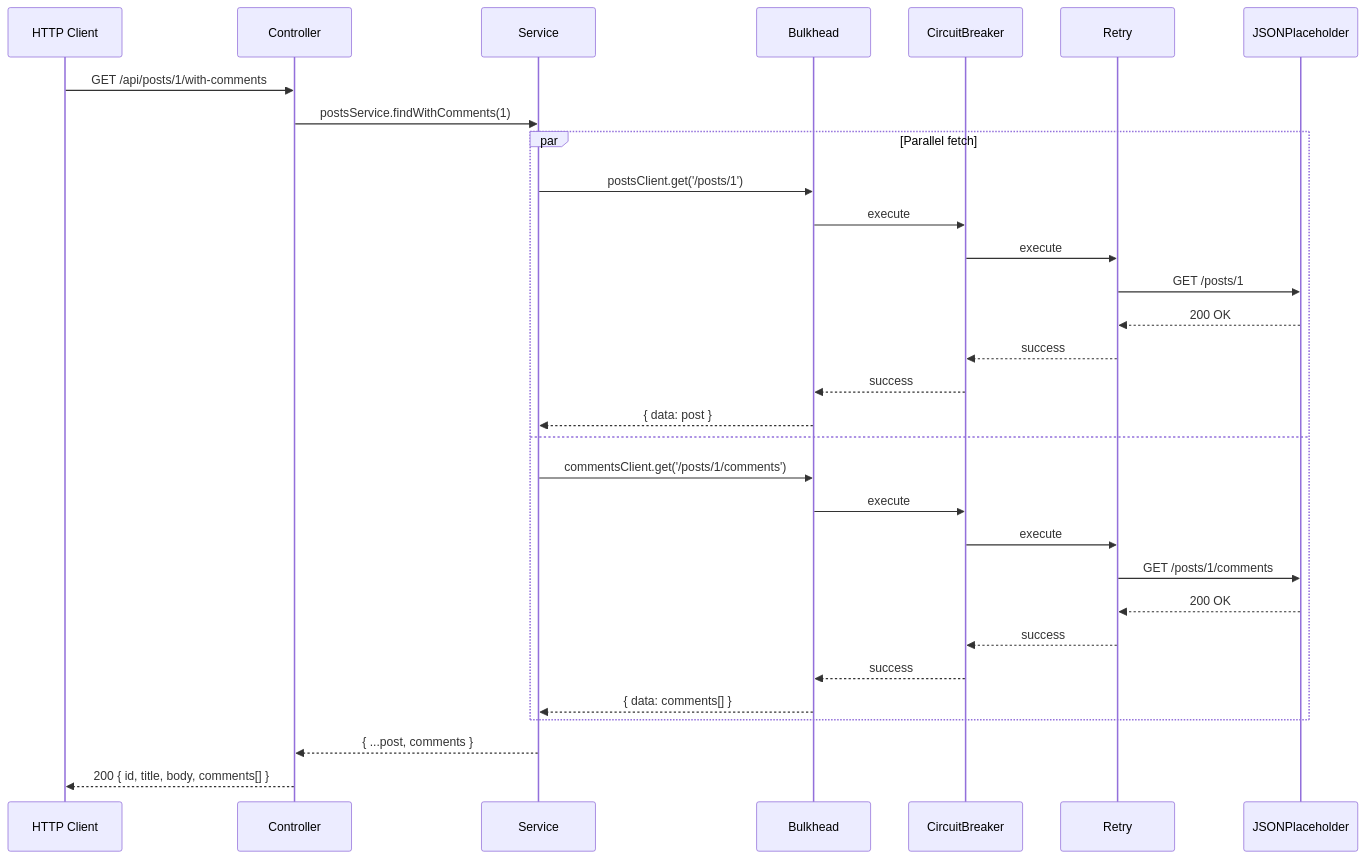
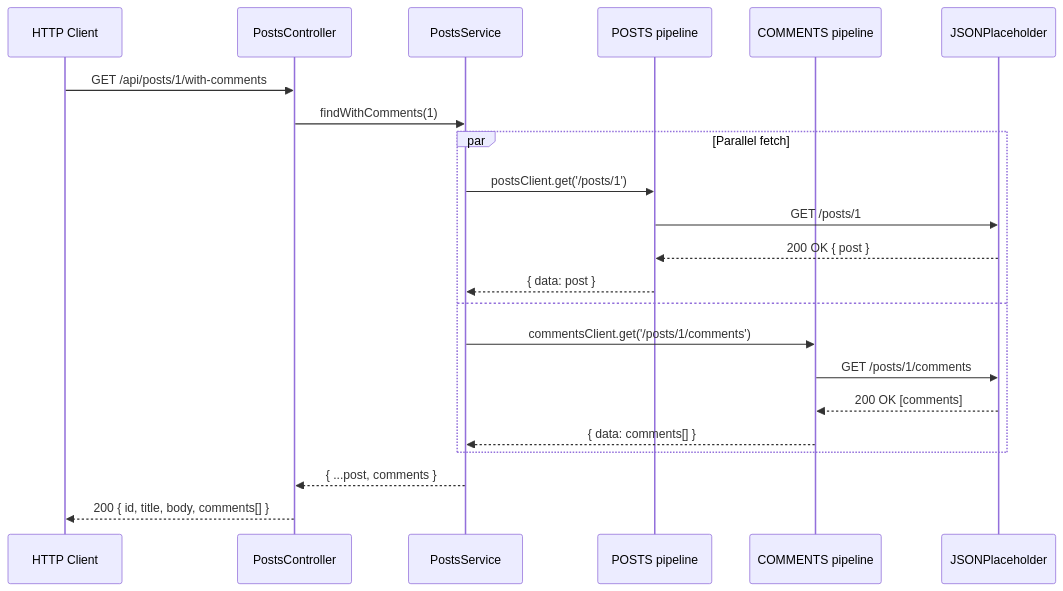
Before and after one commit to jhonesgoncalves/super-http-ts: the third of 6 diagrams in website/guide/nestjs-example.md, drawn with Mermaid. The commit also changed other lines of this file and 3 other files, not shown here.

First line of the commit message:
feat(docs): render Mermaid diagrams in VitePress docs site

````diff
--- a/website/guide/nestjs-example.md
+++ b/website/guide/nestjs-example.md
@@ -117,36 +92,27 @@
 ```mermaid
 sequenceDiagram
-    participant Client as HTTP Client
-    participant Controller
-    participant Service
-    participant Bulkhead
-    participant CircuitBreaker
-    participant Retry
-    participant Upstream as JSONPlaceholder
+    participant C as HTTP Client
+    participant Ctrl as PostsController
+    participant Svc as PostsService
+    participant BP as POSTS pipeline
+    participant CP as COMMENTS pipeline
+    participant API as JSONPlaceholder
 
-    Client->>Controller: GET /api/posts/1/with-comments
-    Controller->>Service: postsService.findWithComments(1)
+    C->>Ctrl: GET /api/posts/1/with-comments
+    Ctrl->>Svc: findWithComments(1)
 
     par Parallel fetch
-        Service->>Bulkhead: postsClient.get('/posts/1')
-        Bulkhead->>CircuitBreaker: execute
-        CircuitBreaker->>Retry: execute
-        Retry->>Upstream: GET /posts/1
-        Upstream-->>Retry: 200 OK
-        Retry-->>CircuitBreaker: success
-        CircuitBreaker-->>Bulkhead: success
-        Bulkhead-->>Service: { data: post }
+        Svc->>BP: postsClient.get('/posts/1')
+        BP->>API: GET /posts/1
+        API-->>BP: 200 OK { post }
+        BP-->>Svc: { data: post }
     and
-        Service->>Bulkhead: commentsClient.get('/posts/1/comments')
-        Bulkhead->>CircuitBreaker: execute
-        CircuitBreaker->>Retry: execute
-        Retry->>Upstream: GET /posts/1/comments
-        Upstream-->>Retry: 200 OK
-        Retry-->>CircuitBreaker: success
-        CircuitBreaker-->>Bulkhead: success
-        Bulkhead-->>Service: { data: comments[] }
+        Svc->>CP: commentsClient.get('/posts/1/comments')
+        CP->>API: GET /posts/1/comments
+        API-->>CP: 200 OK [comments]
+        CP-->>Svc: { data: comments[] }
     end
 
-    Service-->>Controller: { ...post, comments }
-    Controller-->>Client: 200 { id, title, body, comments[] }
+    Svc-->>Ctrl: { ...post, comments }
+    Ctrl-->>C: 200 { id, title, body, comments[] }
 ```
````
